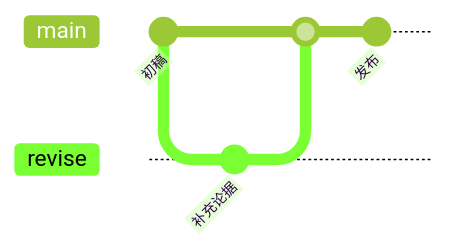
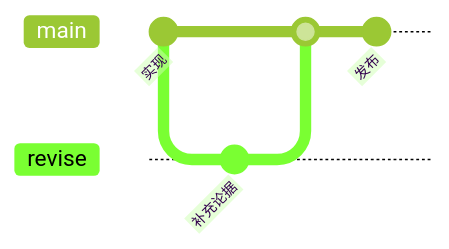
Before and after one commit to dotnet9/Vex: the seventh of 22 diagrams in docs/演示文档/Mermaid 图表图鉴.md, drawn with Mermaid (forest theme). The commit also changed other lines of this file and 11 other files, not shown here.

````diff
--- a/docs/演示文档/Mermaid 图表图鉴.md
+++ b/docs/演示文档/Mermaid 图表图鉴.md
@@ -84,10 +92,10 @@
 ```mermaid
 gitGraph
-  commit id: "初稿"
+  commit id: "实现"
   branch revise
   checkout revise
   commit id: "补充论据"
   checkout main
   merge revise
   commit id: "发布"
 ```
````
